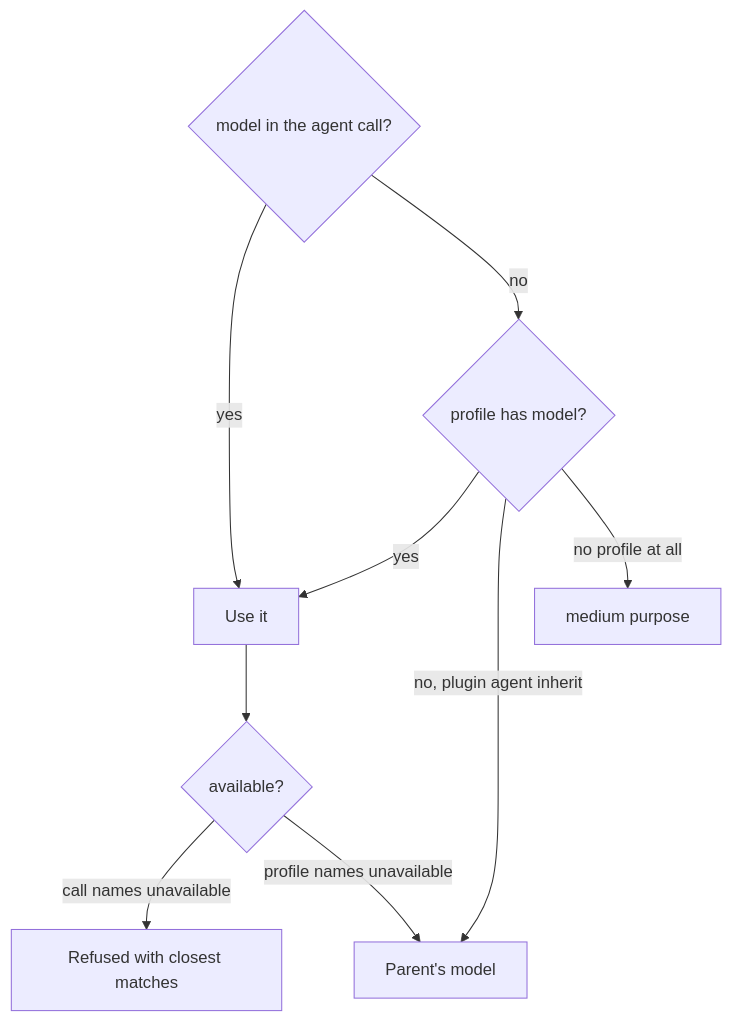
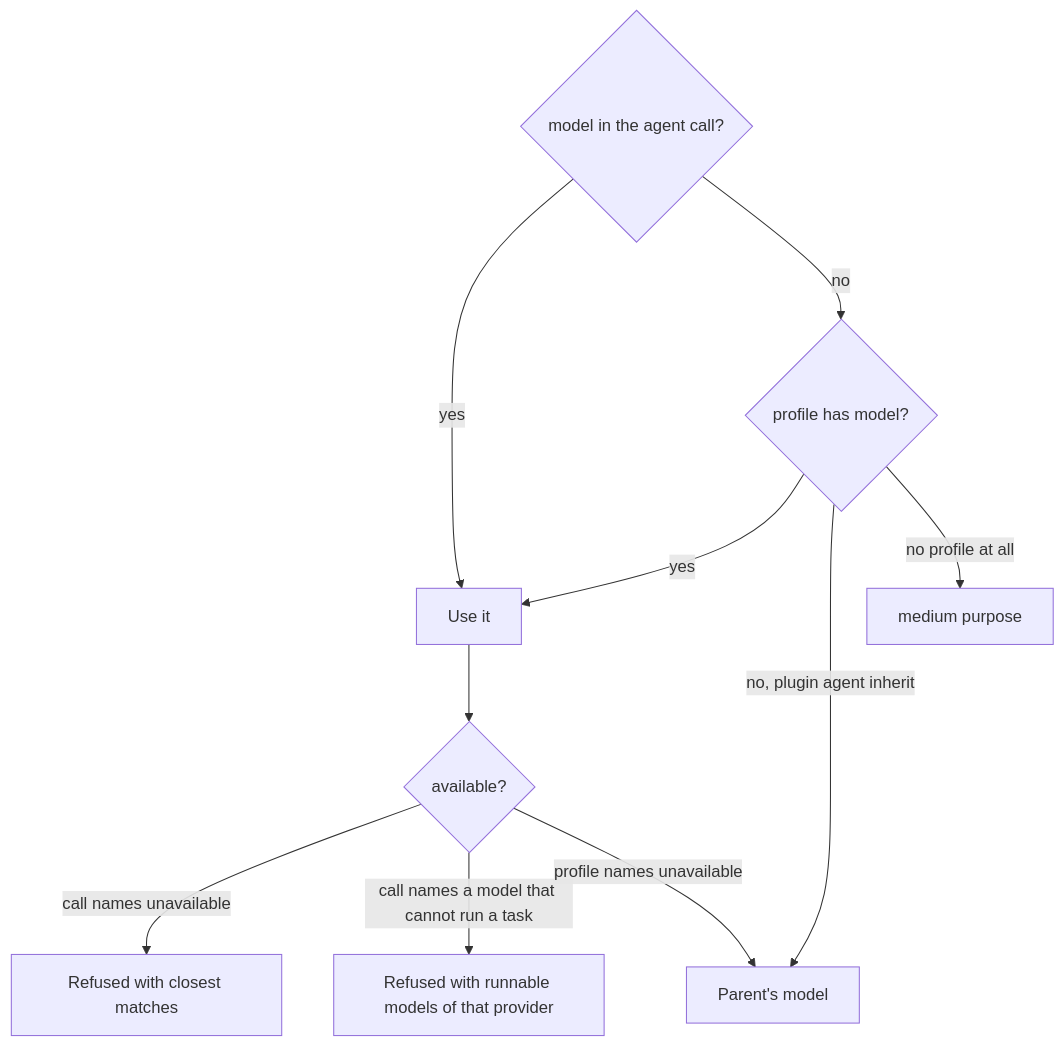
One commit to bgauryy/octocode-coding-agent changed the sixth of 13 diagrams in packages/coding-agent/docs/native-features.md. Above: the diagram before and after it, drawn with Mermaid. The commit also changed other lines of this file and 690 other files, not shown here.

````diff
--- a/packages/coding-agent/docs/native-features.md
+++ b/packages/coding-agent/docs/native-features.md
@@ -330,11 +330,12 @@
 ```mermaid
 flowchart TD
   A{model in the agent call?} -->|yes| R[Use it]
   A -->|no| B{profile has model?}
   B -->|yes| R
   B -->|no, plugin agent inherit| P[Parent's model]
   B -->|no profile at all| M[medium purpose]
   R --> U{available?}
   U -->|call names unavailable| X[Refused with closest matches]
+  U -->|call names a model that cannot run a task| Y[Refused with runnable models of that provider]
   U -->|profile names unavailable| P
 ```
````
